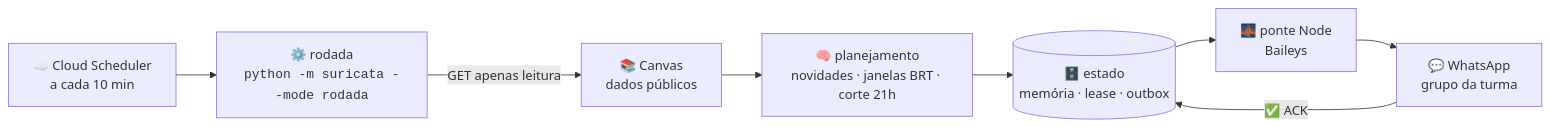
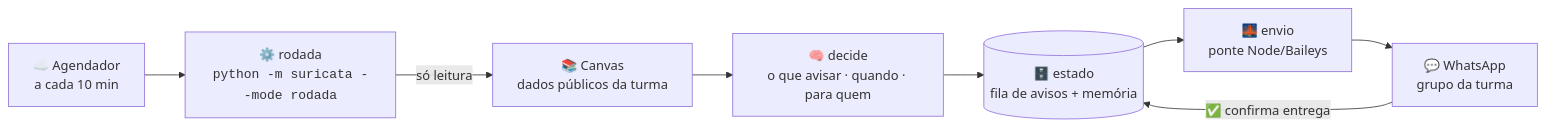
Before and after one commit to zC4sTr0/puc-bot-suricata-whatsapp: the first of 2 diagrams in README.md, drawn with Mermaid. The commit also changed other lines of this file and 2 other files, not shown here.

First line of the commit message:
docs: UX do README — rodada no início, linguagem plana, quando roda, pré-requisitos de deploy (#25)

````diff
--- a/README.md
+++ b/README.md
@@ -53,10 +55,10 @@
 ```mermaid
 flowchart LR
-    A["☁️ Cloud Scheduler<br/>a cada 10 min"] --> B["⚙️ rodada<br/><code>python -m suricata --mode rodada</code>"]
-    B -->|"GET apenas leitura"| C["📚 Canvas<br/>dados públicos"]
-    C --> D["🧠 planejamento<br/>novidades · janelas BRT · corte 21h"]
-    D --> E[("🗄️ estado<br/>memória · lease · outbox")]
-    E --> F["🌉 ponte Node<br/>Baileys"]
+    A["☁️ Agendador<br/>a cada 10 min"] --> B["⚙️ rodada<br/><code>python -m suricata --mode rodada</code>"]
+    B -->|"só leitura"| C["📚 Canvas<br/>dados públicos da turma"]
+    C --> D["🧠 decide<br/>o que avisar · quando · para quem"]
+    D --> E[("🗄️ estado<br/>fila de avisos + memória")]
+    E --> F["🌉 envio<br/>ponte Node/Baileys"]
     F --> G["💬 WhatsApp<br/>grupo da turma"]
-    G -->|"✅ ACK"| E
+    G -->|"✅ confirma entrega"| E
 ```
````
